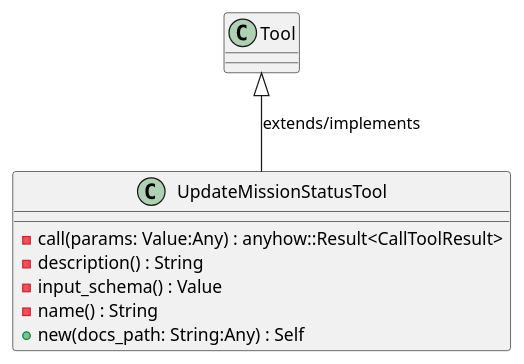
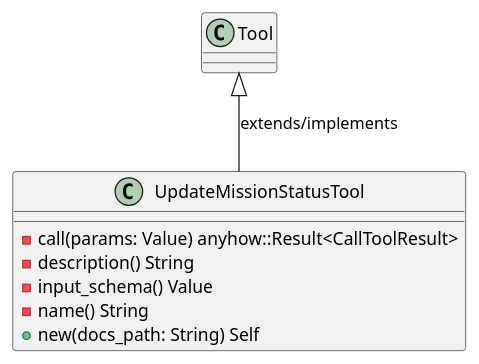
Before and after one commit to lgcorzo/rust_CACD_autonomous_factory: the first of 6 diagrams in openwiki/crates_factory_mcp_server_src_tools_update_mission_status.md, drawn with PlantUML. The commit also changed other lines of this file and 97 other files, not shown here.

First line of the commit message:
Fix Rust AST parsing for method and function parameters, and update OKF UML frontmatter

````diff
--- a/openwiki/crates_factory_mcp_server_src_tools_update_mission_status.md
+++ b/openwiki/crates_factory_mcp_server_src_tools_update_mission_status.md
@@ -74,13 +79,13 @@
 ```plantuml
 @startuml
 class UpdateMissionStatusTool {
-    -call(params: Value:Any) : anyhow::Result<CallToolResult>
-    -description() : String
-    -input_schema() : Value
-    -name() : String
-    +new(docs_path: String:Any) : Self
+    -call(params: Value) anyhow::Result<CallToolResult>
+    -description() String
+    -input_schema() Value
+    -name() String
+    +new(docs_path: String) Self
 }
 Tool <|-- UpdateMissionStatusTool : extends/implements
 @enduml
 
 ```
````
